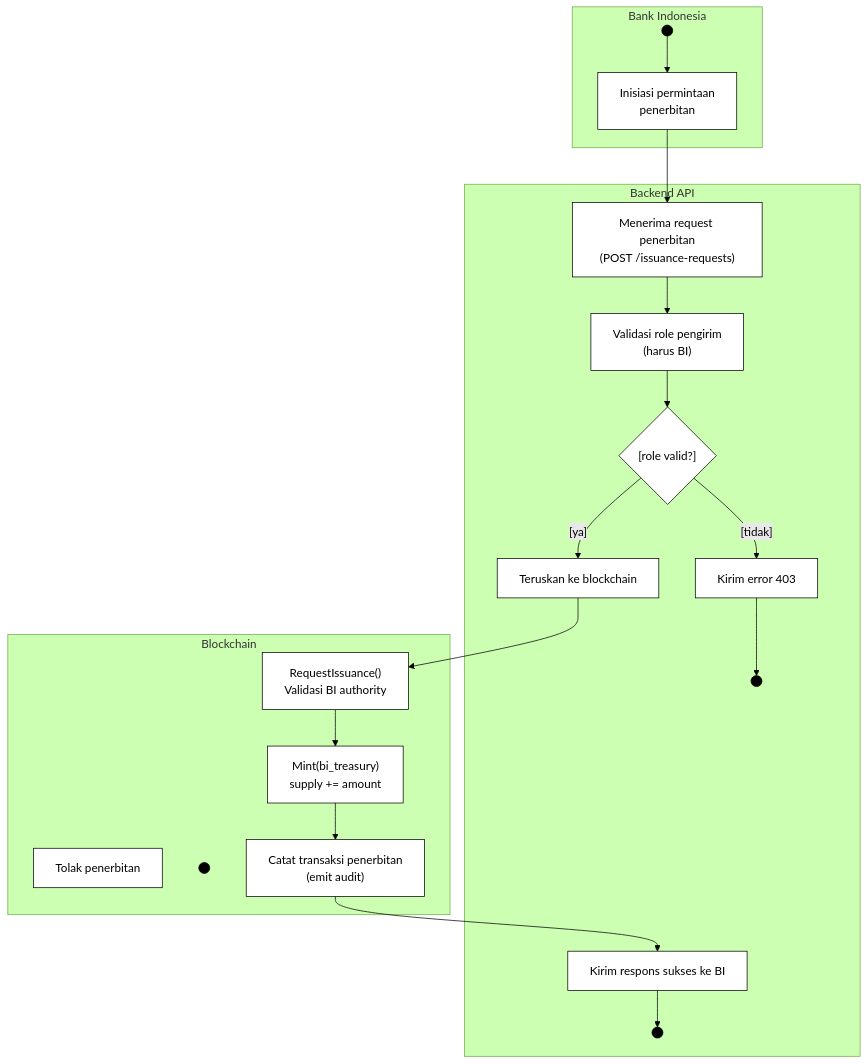
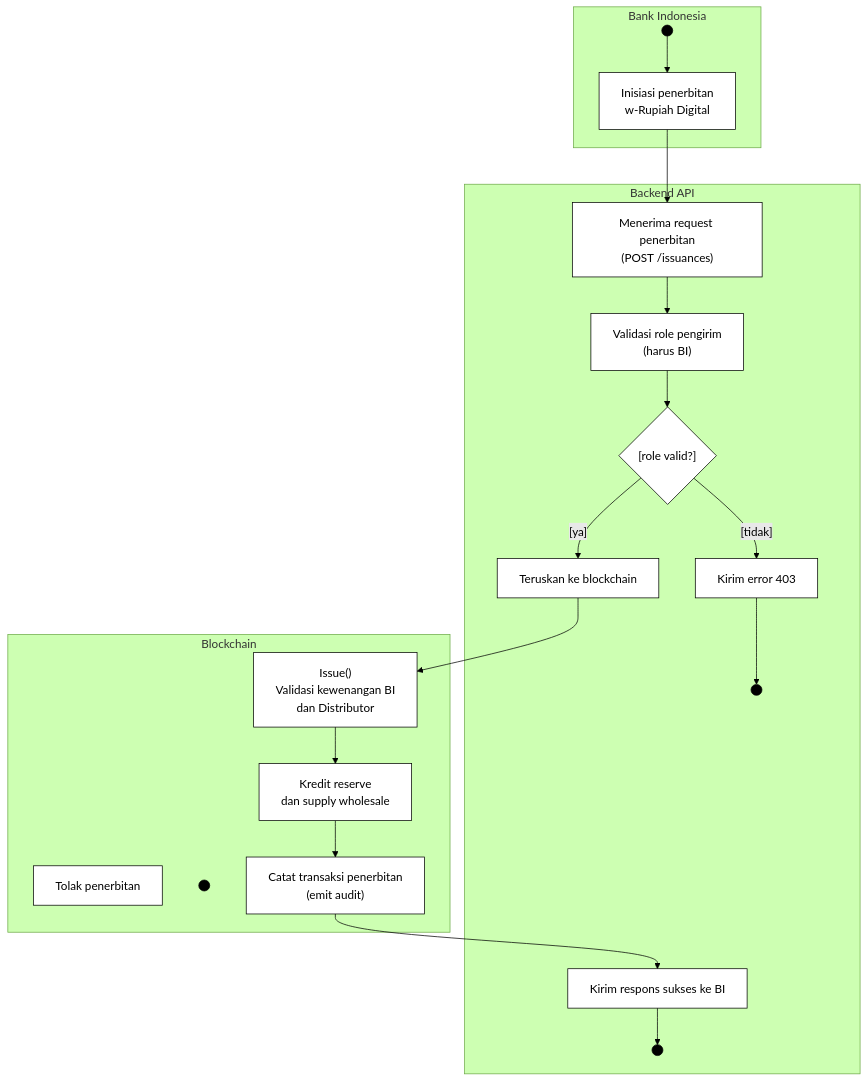
The second of 7 diagrams in bi-coin-fabric/docs/diagrams/mermaid/activity-diagrams.md (mfachrizalg/bi-coin), drawn with Mermaid (forest theme) before and after one commit. The commit also changed other lines of this file and 364 other files, not shown here.

````diff
--- a/bi-coin-fabric/docs/diagrams/mermaid/activity-diagrams.md
+++ b/bi-coin-fabric/docs/diagrams/mermaid/activity-diagrams.md
@@ -61,43 +71,43 @@
 ```mermaid
 flowchart TD
   classDef startend fill:#000,stroke:#000,color:#fff
   classDef action fill:#fff,stroke:#000,color:#000
   classDef decision fill:#fff,stroke:#000,color:#000
 
   subgraph lane_a [Bank Indonesia]
     S2((" ")):::startend
-    B1["Inisiasi permintaan<br>penerbitan"]:::action
+    B1["Inisiasi penerbitan<br>w-Rupiah Digital"]:::action
   end
 
   subgraph lane_b [Backend API]
-    B2["Menerima request penerbitan<br>(POST /issuance-requests)"]:::action
+    B2["Menerima request penerbitan<br>(POST /issuances)"]:::action
     B3["Validasi role pengirim<br>(harus BI)"]:::action
     D2{"[role valid?]"}:::decision
     B4["Kirim error 403"]:::action
     E2a((" ")):::startend
     B5["Teruskan ke blockchain"]:::action
     B6["Kirim respons sukses ke BI"]:::action
     E2b((" ")):::startend
   end
 
   subgraph lane_c [Blockchain]
-    B7["RequestIssuance()<br>Validasi BI authority"]:::action
+    B7["Issue()<br>Validasi kewenangan BI<br>dan Distributor"]:::action
     B8["Tolak penerbitan"]:::action
     E2c((" ")):::startend
-    B9["Mint(bi_treasury)<br>supply += amount"]:::action
+    B9["Kredit reserve<br>dan supply wholesale"]:::action
     B10["Catat transaksi penerbitan<br>(emit audit)"]:::action
   end
 
   S2 --> B1
   B1 --> B2
   B2 --> B3
   B3 --> D2
   D2 -->|"[tidak]"| B4
   B4 --> E2a
   D2 -->|"[ya]"| B5
   B5 --> B7
   B7 --> B9
   B9 --> B10
   B10 --> B6
   B6 --> E2b
 ```
````
